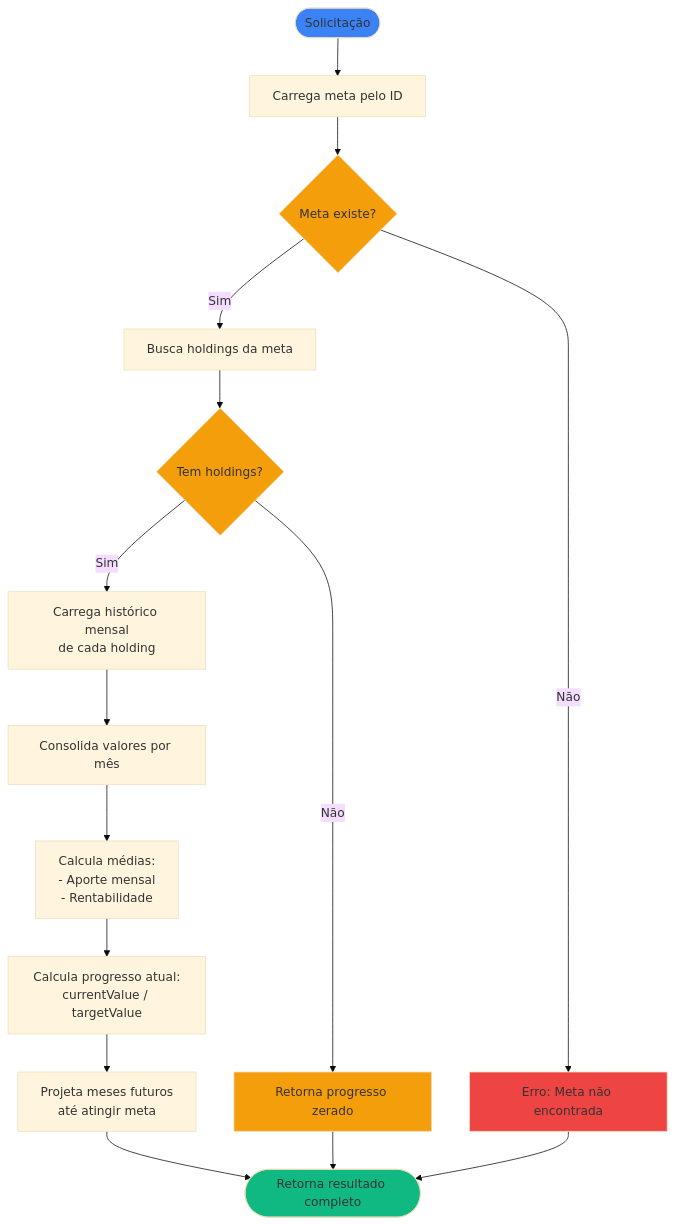
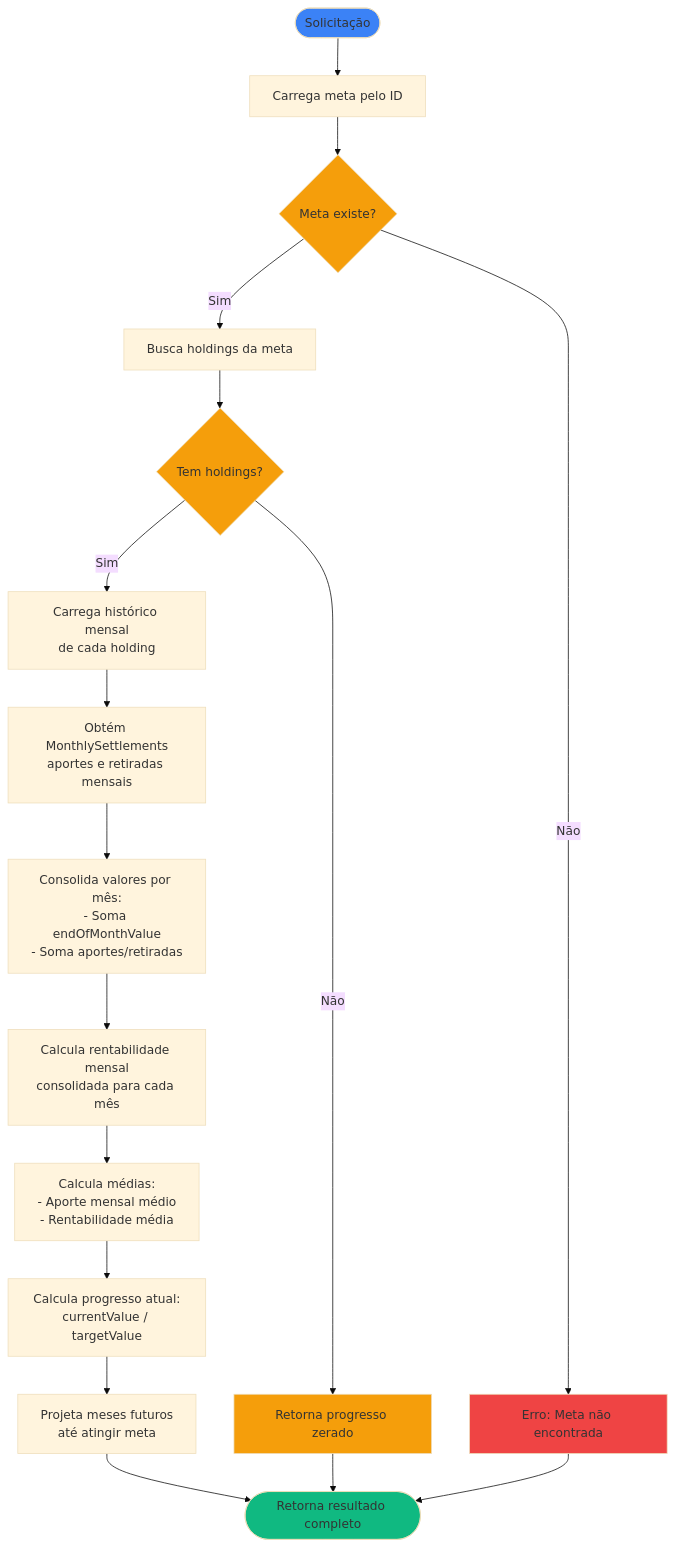
Before and after one commit to enirsilvaferraz/Investments-KMP: the diagram in docs/RN - Calcular Progresso de Meta Financeira.md, drawn with Mermaid (base theme). The commit also changed other lines of this file and 4 other files, not shown here.

````diff
--- a/docs/RN - Calcular Progresso de Meta Financeira.md
+++ b/docs/RN - Calcular Progresso de Meta Financeira.md
@@ -68,23 +80,25 @@
 ```mermaid
 flowchart TD
     Start([Solicitação]) --> LoadGoal[Carrega meta pelo ID]
     LoadGoal --> GoalExists{Meta existe?}
     GoalExists -->|Não| Error[Erro: Meta não encontrada]
     GoalExists -->|Sim| LoadHoldings[Busca holdings da meta]
     LoadHoldings --> HasHoldings{Tem holdings?}
     HasHoldings -->|Não| EmptyResult[Retorna progresso zerado]
     HasHoldings -->|Sim| LoadHistory[Carrega histórico mensal\nde cada holding]
-    LoadHistory --> Consolidate[Consolida valores por mês]
-    Consolidate --> CalcAverages[Calcula médias:\n- Aporte mensal\n- Rentabilidade]
+    LoadHistory --> GetSettlements[Obtém MonthlySettlements\naportes e retiradas mensais]
+    GetSettlements --> Consolidate[Consolida valores por mês:\n- Soma endOfMonthValue\n- Soma aportes/retiradas]
+    Consolidate --> CalcReturns[Calcula rentabilidade mensal\nconsolidada para cada mês]
+    CalcReturns --> CalcAverages[Calcula médias:\n- Aporte mensal médio\n- Rentabilidade média]
     CalcAverages --> CalcProgress[Calcula progresso atual:\ncurrentValue / targetValue]
     CalcProgress --> Project[Projeta meses futuros\naté atingir meta]
     Project --> Return([Retorna resultado completo])
     EmptyResult --> Return
     Error --> Return
     style Start fill: #3b82f6
     style Return fill: #10b981
     style GoalExists fill: #f59e0b
     style HasHoldings fill: #f59e0b
     style Error fill: #ef4444
     style EmptyResult fill: #f59e0b
 ```
````
